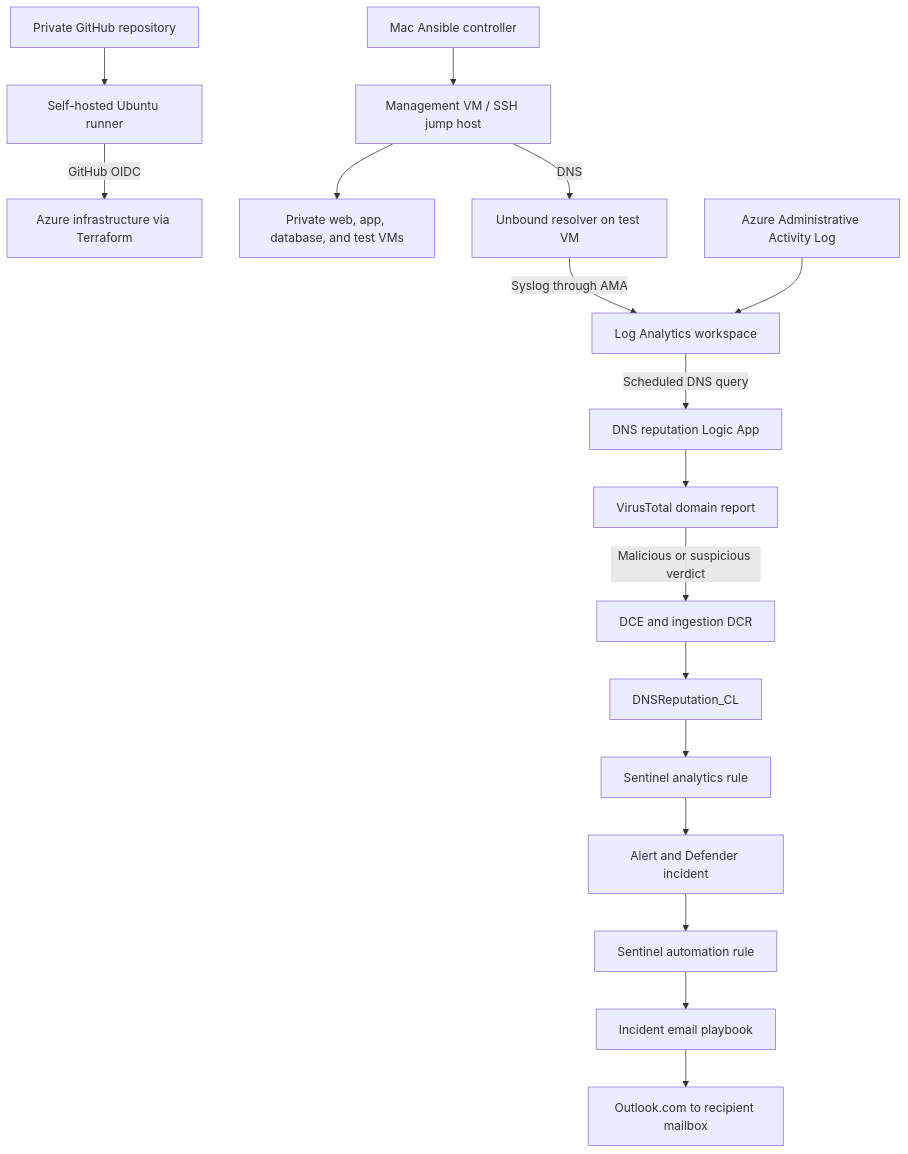
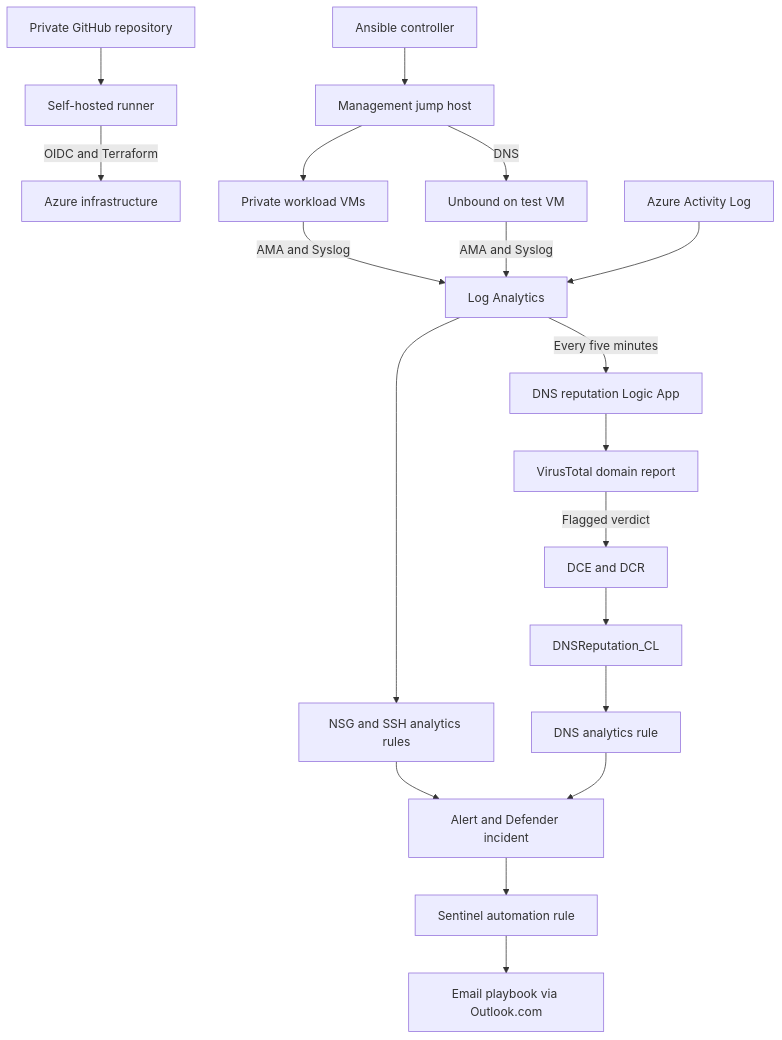
The diagram in README.md (Anthonydeangelis/Azure-Infra-Security-Lab), drawn with Mermaid before and after one commit. The commit also changed other lines of this file and 27 other files, not shown here.

````diff
--- a/README.md
+++ b/README.md
@@ -194,19 +47,21 @@
 ```mermaid
 flowchart TD
-    GitHub[Private GitHub repository] --> Runner[Self-hosted Ubuntu runner]
-    Runner -->|GitHub OIDC| Azure[Azure infrastructure via Terraform]
-    Ansible[Mac Ansible controller] --> Management[Management VM / SSH jump host]
-    Management --> Workloads[Private web, app, database, and test VMs]
-    Management -->|DNS| Unbound[Unbound resolver on test VM]
-    Unbound -->|Syslog through AMA| LAW[Log Analytics workspace]
-    Activity[Azure Administrative Activity Log] --> LAW
-    LAW -->|Scheduled DNS query| Reputation[DNS reputation Logic App]
+    Repo[Private GitHub repository] --> Runner[Self-hosted runner]
+    Runner -->|OIDC and Terraform| Azure[Azure infrastructure]
+    Controller[Ansible controller] --> Mgmt[Management jump host]
+    Mgmt --> VMs[Private workload VMs]
+    Mgmt -->|DNS| DNS[Unbound on test VM]
+    VMs -->|AMA and Syslog| LAW[Log Analytics]
+    DNS -->|AMA and Syslog| LAW
+    Activity[Azure Activity Log] --> LAW
+    LAW --> Rules[NSG and SSH analytics rules]
+    LAW -->|Every five minutes| Reputation[DNS reputation Logic App]
     Reputation --> VT[VirusTotal domain report]
-    VT -->|Malicious or suspicious verdict| Ingestion[DCE and ingestion DCR]
-    Ingestion --> Verdicts[DNSReputation_CL]
-    Verdicts --> Detection[Sentinel analytics rule]
-    Detection --> Incident[Alert and Defender incident]
+    VT -->|Flagged verdict| Ingestion[DCE and DCR]
+    Ingestion --> Table[DNSReputation_CL]
+    Table --> DNSRule[DNS analytics rule]
+    Rules --> Incident[Alert and Defender incident]
+    DNSRule --> Incident
     Incident --> Automation[Sentinel automation rule]
-    Automation --> Email[Incident email playbook]
-    Email --> Outlook[Outlook.com to recipient mailbox]
+    Automation --> Email[Email playbook via Outlook.com]
 ```
````
